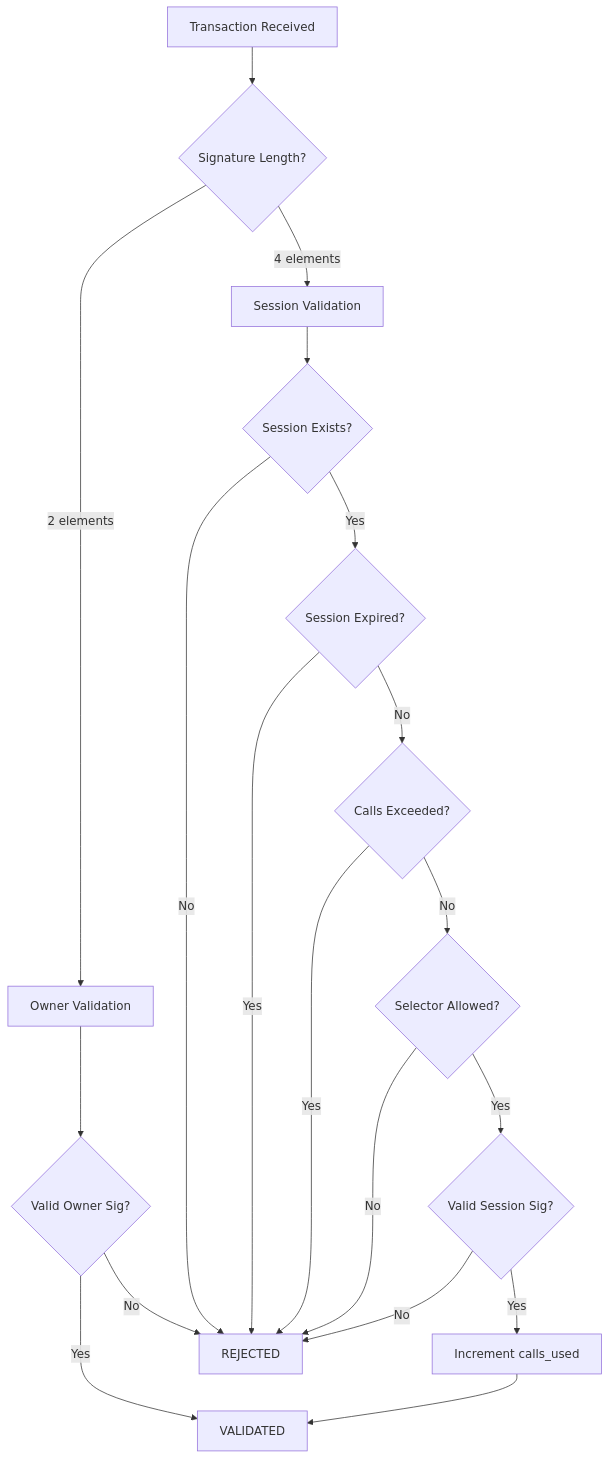
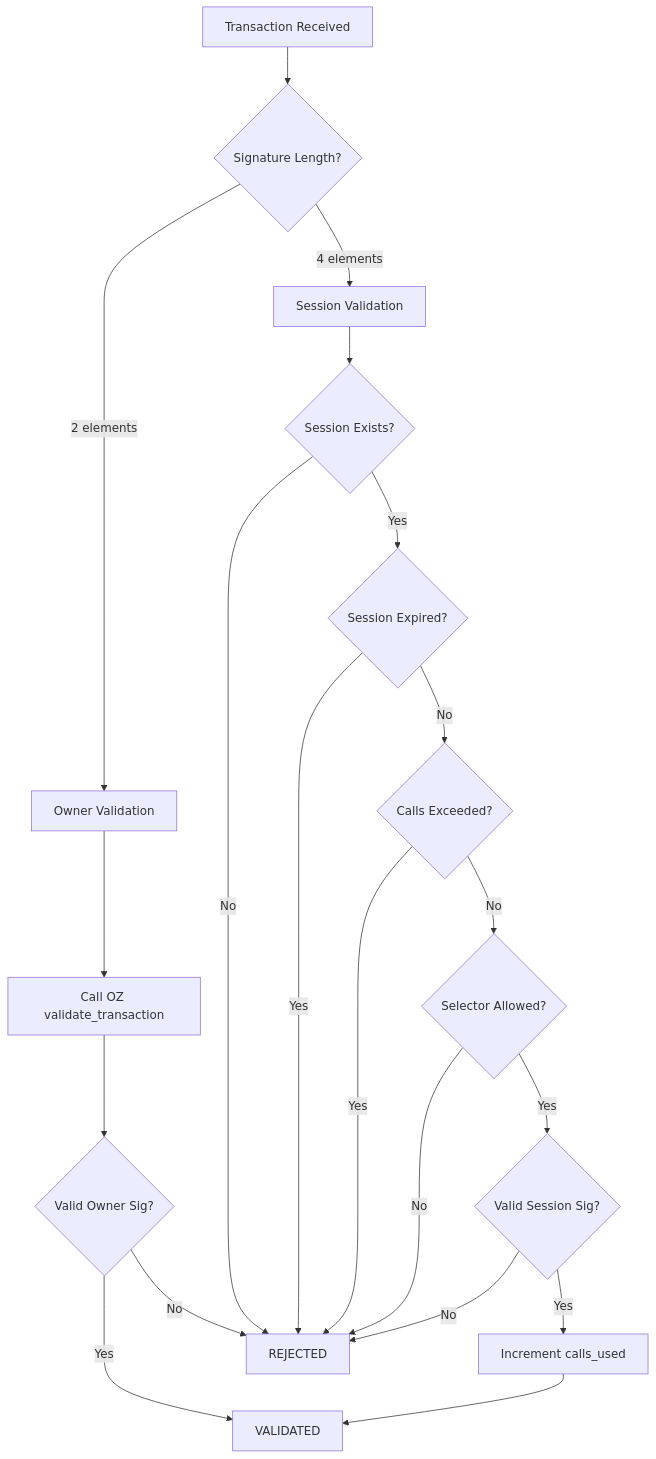
One commit to chipi-pay/sessions-smart-contract changed the diagram in README.md. Above: the diagram before and after it, drawn with Mermaid. The commit also changed other lines of this file and 7 other files, not shown here.

````diff
--- a/README.md
+++ b/README.md
@@ -142,21 +188,22 @@
 ```mermaid
 graph TD
     A[Transaction Received] --> B{Signature Length?}
     B -->|2 elements| C[Owner Validation]
     B -->|4 elements| D[Session Validation]
-    C --> E{Valid Owner Sig?}
+    C --> C1[Call OZ validate_transaction]
+    C1 --> E{Valid Owner Sig?}
     E -->|Yes| F[VALIDATED]
     E -->|No| G[REJECTED]
     D --> H{Session Exists?}
     H -->|No| G
     H -->|Yes| I{Session Expired?}
     I -->|Yes| G
     I -->|No| J{Calls Exceeded?}
     J -->|Yes| G
     J -->|No| K{Selector Allowed?}
     K -->|No| G
     K -->|Yes| L{Valid Session Sig?}
     L -->|No| G
     L -->|Yes| M[Increment calls_used]
     M --> F
 ```
````
